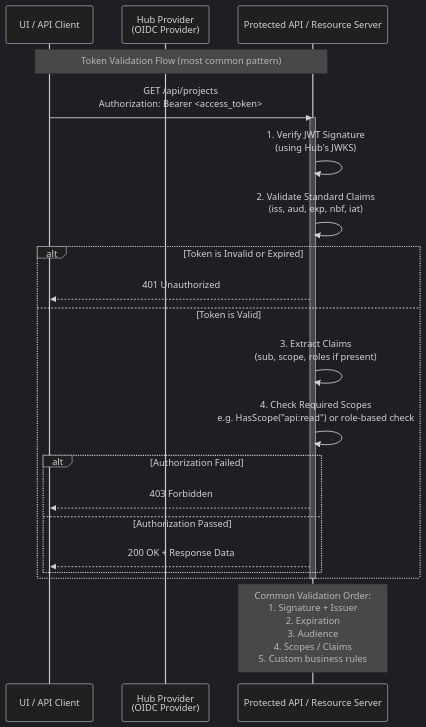
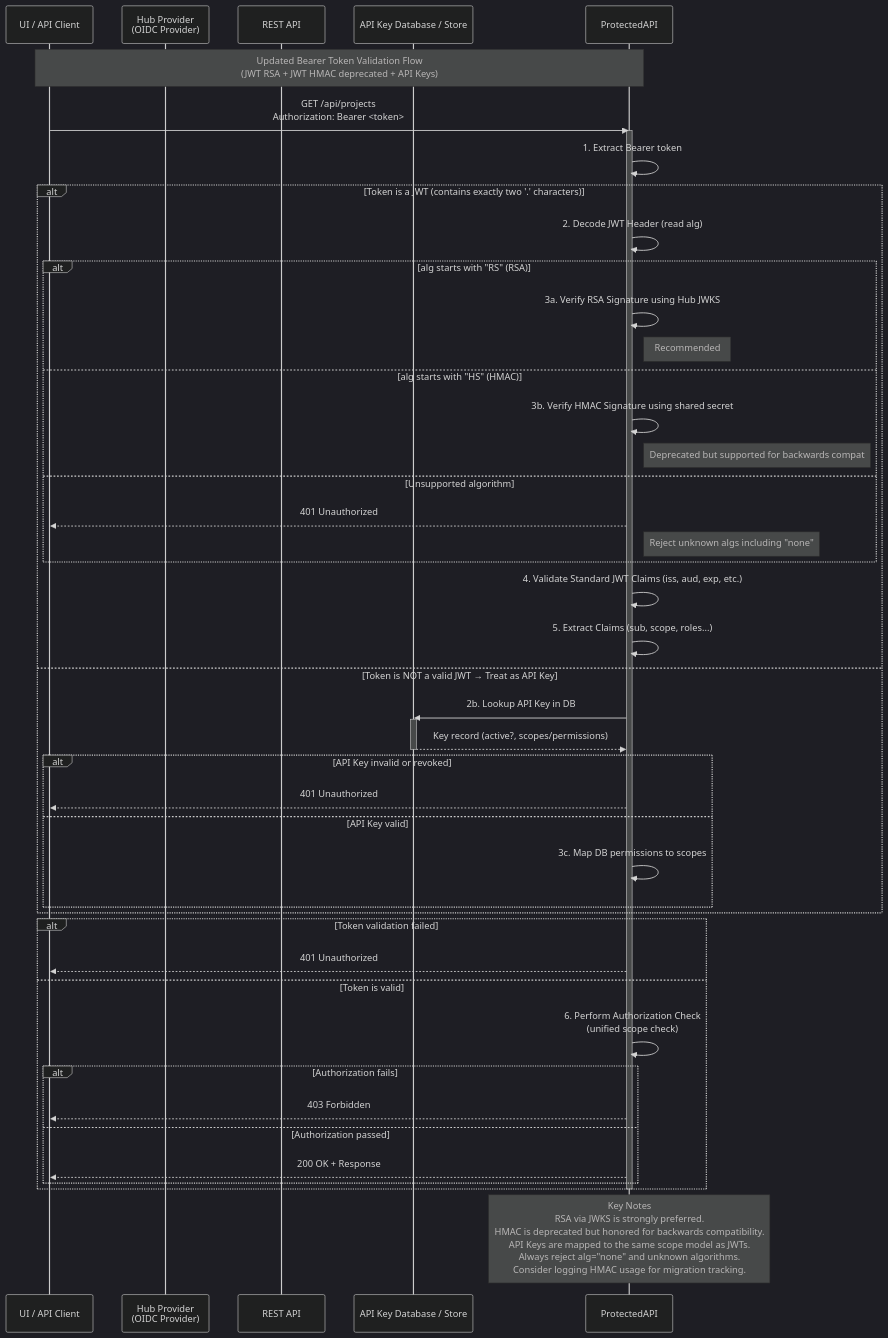
The fifth of 6 diagrams in enhancements/hub-oidc-provider/README.md (konveyor/enhancements), drawn with Mermaid (dark theme) before and after one commit. The commit also changed other lines of this file, not shown here.

Commit message:
checkpoint

````diff
--- a/enhancements/hub-oidc-provider/README.md
+++ b/enhancements/hub-oidc-provider/README.md
@@ -353,30 +382,59 @@
 ```mermaid
 sequenceDiagram
     participant UI as UI / API Client
     participant Hub as Hub Provider<br>(OIDC Provider)
-    participant ProtectedAPI as Protected API / Resource Server
+    participant API as REST API
+    participant DB as API Key Database / Store
 
-    Note over UI,ProtectedAPI: Token Validation Flow (most common pattern)
+    Note over UI,ProtectedAPI: Updated Bearer Token Validation Flow<br>(JWT RSA + JWT HMAC deprecated + API Keys)
 
-    UI->>ProtectedAPI: GET /api/projects<br>Authorization: Bearer <access_token>
+    UI->>ProtectedAPI: GET /api/projects<br>Authorization: Bearer <token>
     activate ProtectedAPI
 
-    ProtectedAPI->>ProtectedAPI: 1. Verify JWT Signature<br>(using Hub's JWKS)
-    ProtectedAPI->>ProtectedAPI: 2. Validate Standard Claims<br>(iss, aud, exp, nbf, iat)
+    ProtectedAPI->>ProtectedAPI: 1. Extract Bearer token
 
-    alt Token is Invalid or Expired
+    alt Token is a JWT (contains exactly two '.' characters)
+        ProtectedAPI->>ProtectedAPI: 2. Decode JWT Header (read alg)
+
+        alt alg starts with "RS" (RSA)
+            ProtectedAPI->>ProtectedAPI: 3a. Verify RSA Signature using Hub JWKS
+            note right of ProtectedAPI: Recommended
+        else alg starts with "HS" (HMAC)
+            ProtectedAPI->>ProtectedAPI: 3b. Verify HMAC Signature using shared secret
+            note right of ProtectedAPI: Deprecated but supported for backwards compat
+        else Unsupported algorithm
+            ProtectedAPI-->>UI: 401 Unauthorized
+            note right of ProtectedAPI: Reject unknown algs including "none"
+        end
+
+        ProtectedAPI->>ProtectedAPI: 4. Validate Standard JWT Claims (iss, aud, exp, etc.)
+        ProtectedAPI->>ProtectedAPI: 5. Extract Claims (sub, scope, roles...)
+
+    else Token is NOT a valid JWT → Treat as API Key
+        ProtectedAPI->>DB: 2b. Lookup API Key in DB
+        activate DB
+        DB-->>ProtectedAPI: Key record (active?, scopes/permissions)
+        deactivate DB
+
+        alt API Key invalid or revoked
+            ProtectedAPI-->>UI: 401 Unauthorized
+        else API Key valid
+            ProtectedAPI->>ProtectedAPI: 3c. Map DB permissions to scopes
+        end
+    end
+
+    alt Token validation failed
         ProtectedAPI-->>UI: 401 Unauthorized
-    else Token is Valid
-        ProtectedAPI->>ProtectedAPI: 3. Extract Claims<br>(sub, scope, roles if present)
-        ProtectedAPI->>ProtectedAPI: 4. Check Required Scopes<br>e.g. HasScope("api:read") or role-based check
-        alt Authorization Failed
+    else Token is valid
+        ProtectedAPI->>ProtectedAPI: 6. Perform Authorization Check<br>(unified scope check)
+        alt Authorization fails
             ProtectedAPI-->>UI: 403 Forbidden
-        else Authorization Passed
-            ProtectedAPI-->>UI: 200 OK + Response Data
+        else Authorization passed
+            ProtectedAPI-->>UI: 200 OK + Response
         end
     end
 
     deactivate ProtectedAPI
 
-    Note over ProtectedAPI: Common Validation Order:<br>1. Signature + Issuer<br>2. Expiration<br>3. Audience<br>4. Scopes / Claims<br>5. Custom business rules
+    Note over ProtectedAPI: Key Notes<br/>RSA via JWKS is strongly preferred.<br/>HMAC is deprecated but honored for backwards compatibility.<br/>API Keys are mapped to the same scope model as JWTs.<br/>Always reject alg="none" and unknown algorithms.<br/>Consider logging HMAC usage for migration tracking.
 ```
````
